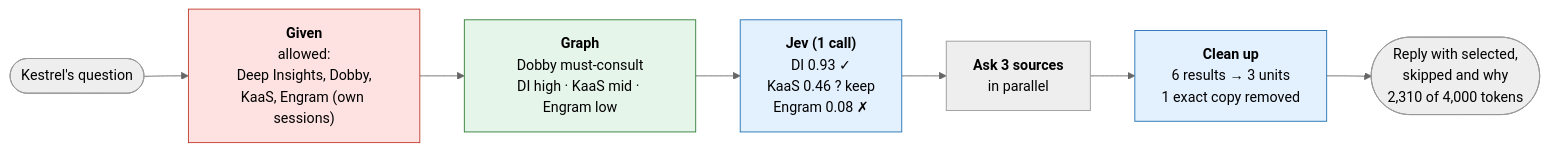
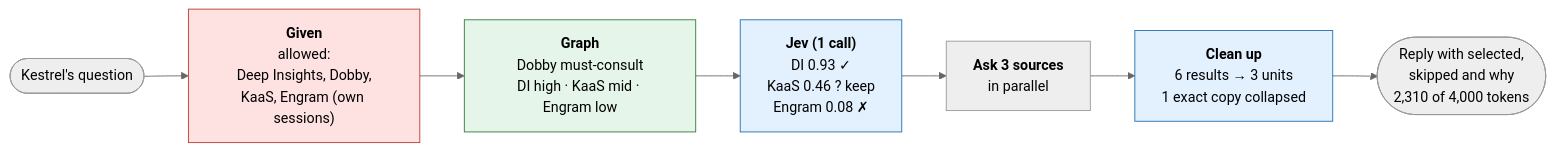
One commit to arunmenon/sanctum changed the first of 13 diagrams in design/intelligence-layer/contracts-and-scenarios.md. Above: the diagram before and after it, drawn with Mermaid (neutral theme). The commit also changed other lines of this file and 11 other files, not shown here.

````diff
--- a/design/intelligence-layer/contracts-and-scenarios.md
+++ b/design/intelligence-layer/contracts-and-scenarios.md
@@ -48,16 +46,16 @@
 ```mermaid
 flowchart LR
     Q(["Kestrel's question"]) --> P["<b>Given</b><br/>allowed:<br/>Deep Insights, Dobby,<br/>KaaS, Engram (own sessions)"]
     P --> G["<b>Graph</b><br/>Dobby must-consult<br/>DI high · KaaS mid · Engram low"]
     G --> J["<b>Jev (1 call)</b><br/>DI 0.93 ✓<br/>KaaS 0.46 ? keep<br/>Engram 0.08 ✗"]
     J --> F["<b>Ask 3 sources</b><br/>in parallel"]
-    F --> C["<b>Clean up</b><br/>6 results → 3 units<br/>1 exact copy removed"]
+    F --> C["<b>Clean up</b><br/>6 results → 3 units<br/>1 exact copy collapsed"]
     C --> R(["Reply with selected,<br/>skipped and why<br/>2,310 of 4,000 tokens"])
 
     classDef policy fill:#fde2e1,stroke:#c0392b,color:#000
     classDef judge fill:#e3f0fd,stroke:#1f6fb2,color:#000
     classDef mem fill:#e6f5e9,stroke:#2e7d32,color:#000
     class P policy
     class J,C judge
     class G mem
 ```
````
